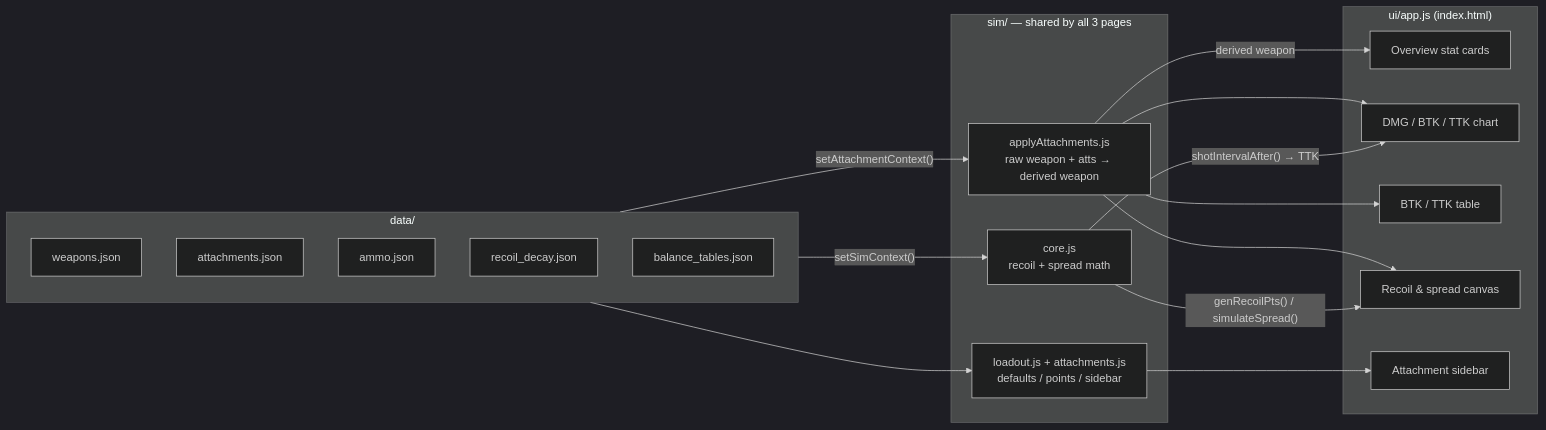
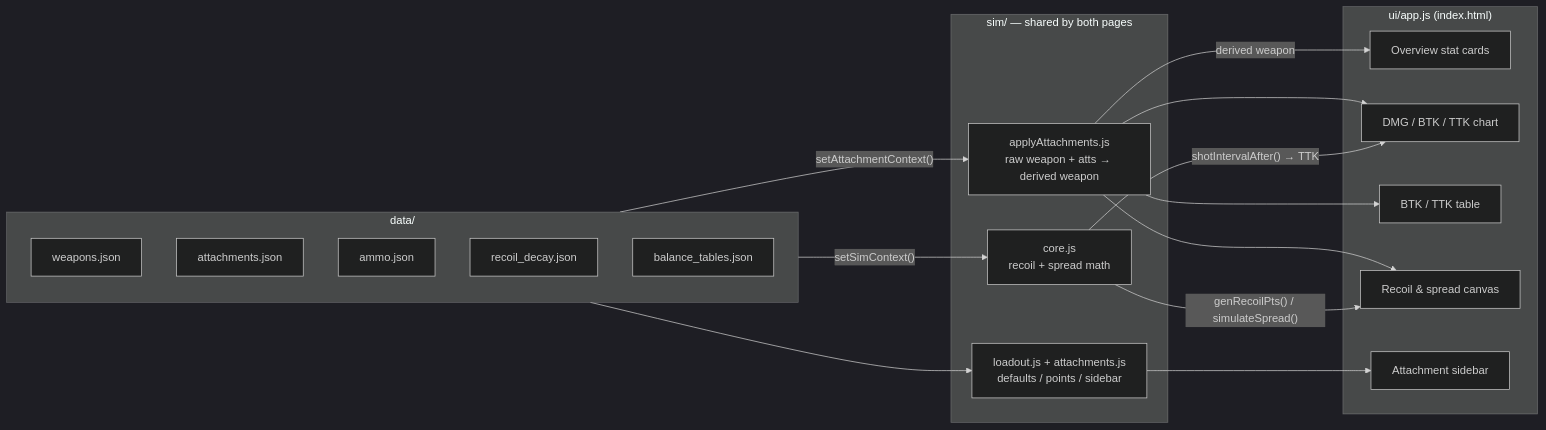
One commit to raymdl/BF6-Weapon-Analyzer changed the first of 2 diagrams in CODE_DOCUMENTATION.md. Above: the diagram before and after it, drawn with Mermaid (dark theme). The commit also changed other lines of this file and 2 other files, not shown here.

````diff
--- a/CODE_DOCUMENTATION.md
+++ b/CODE_DOCUMENTATION.md
@@ -57,32 +79,32 @@
 ```mermaid
 flowchart LR
     subgraph DATA["data/"]
         WJ["weapons.json"]
         AJ["attachments.json"]
         MJ["ammo.json"]
         RJ["recoil_decay.json"]
         BJ["balance_tables.json"]
     end
-    subgraph SIM["sim/ — shared by all 3 pages"]
+    subgraph SIM["sim/ — shared by both pages"]
         AA["applyAttachments.js<br/>raw weapon + atts → derived weapon"]
         CO["core.js<br/>recoil + spread math"]
         LO["loadout.js + attachments.js<br/>defaults / points / sidebar"]
     end
     subgraph UI["ui/app.js (index.html)"]
         OV["Overview stat cards"]
         CH["DMG / BTK / TTK chart"]
         BT["BTK / TTK table"]
         RC["Recoil & spread canvas"]
         AS["Attachment sidebar"]
     end
     DATA -->|"setAttachmentContext()"| AA
     DATA -->|"setSimContext()"| CO
     DATA --> LO
     AA -->|"derived weapon"| OV
     AA --> CH
     AA --> BT
     AA --> RC
     CO -->|"genRecoilPts() / simulateSpread()"| RC
     CO -->|"shotIntervalAfter() → TTK"| CH
     LO --> AS
 ```
````
